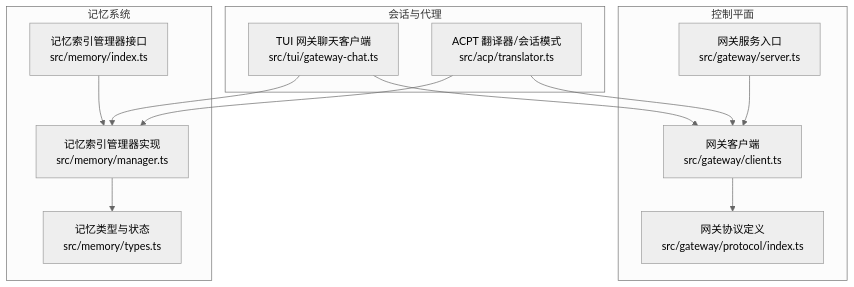
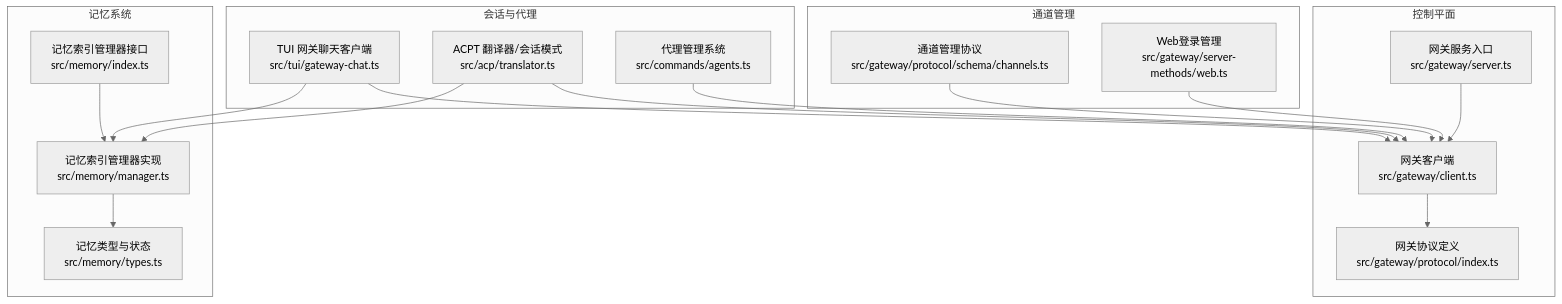
One commit to verse-ai-org/openclaw changed the first of 14 diagrams in .qoder/repowiki/zh/content/核心概念/核心概念.md. Above: the diagram before and after it, drawn with Mermaid (neutral theme). The commit also changed other lines of this file and 41 other files, not shown here.

````diff
--- a/.qoder/repowiki/zh/content/核心概念/核心概念.md
+++ b/.qoder/repowiki/zh/content/核心概念/核心概念.md
@@ -33,25 +52,33 @@
 ```mermaid
 graph TB
 subgraph "控制平面"
 GWClient["网关客户端<br/>src/gateway/client.ts"]
 GWProto["网关协议定义<br/>src/gateway/protocol/index.ts"]
 GWServer["网关服务入口<br/>src/gateway/server.ts"]
 end
 subgraph "会话与代理"
 TUIChat["TUI 网关聊天客户端<br/>src/tui/gateway-chat.ts"]
 ACP["ACPT 翻译器/会话模式<br/>src/acp/translator.ts"]
+Agents["代理管理系统<br/>src/commands/agents.ts"]
+end
+subgraph "通道管理"
+Channels["通道管理协议<br/>src/gateway/protocol/schema/channels.ts"]
+WebLogin["Web登录管理<br/>src/gateway/server-methods/web.ts"]
 end
 subgraph "记忆系统"
 MemIdx["记忆索引管理器接口<br/>src/memory/index.ts"]
 MemMgr["记忆索引管理器实现<br/>src/memory/manager.ts"]
 MemTypes["记忆类型与状态<br/>src/memory/types.ts"]
 end
 GWClient --> GWProto
 GWServer --> GWClient
 TUIChat --> GWClient
 ACP --> GWClient
+Agents --> GWClient
+Channels --> GWClient
+WebLogin --> GWClient
 MemIdx --> MemMgr
 MemMgr --> MemTypes
 TUIChat --> MemMgr
 ACP --> MemMgr
 ```
````
